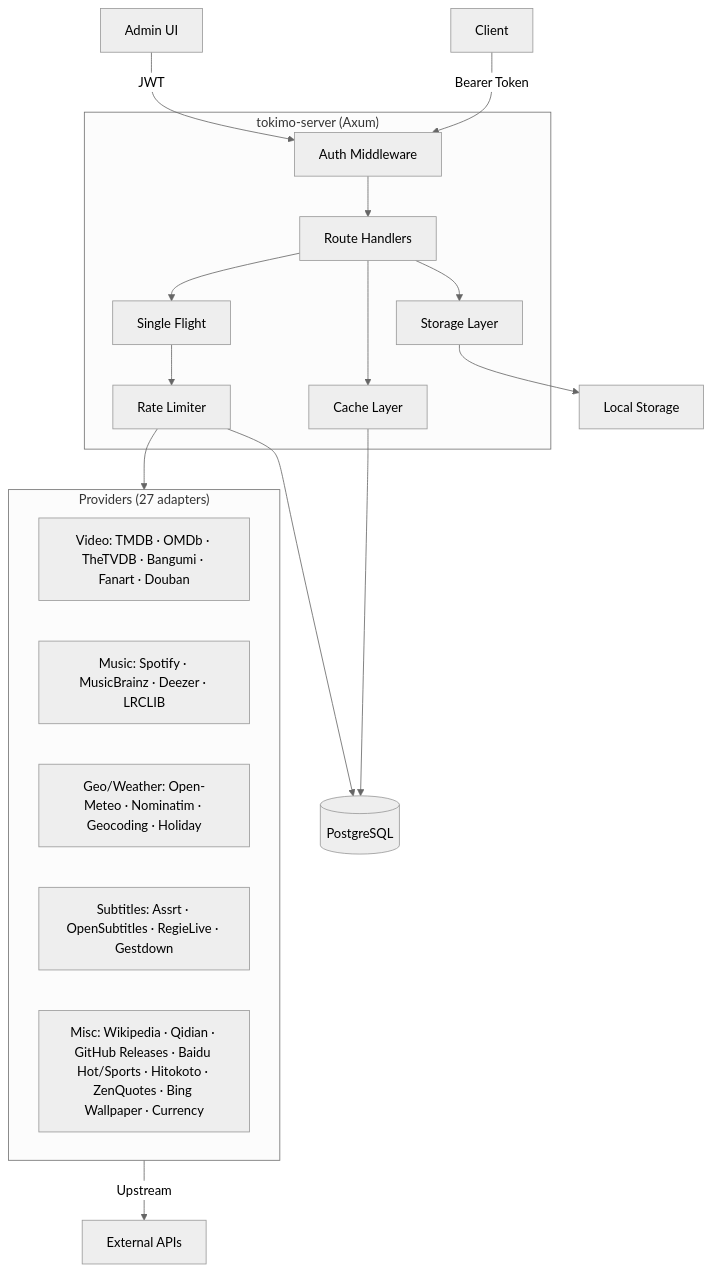
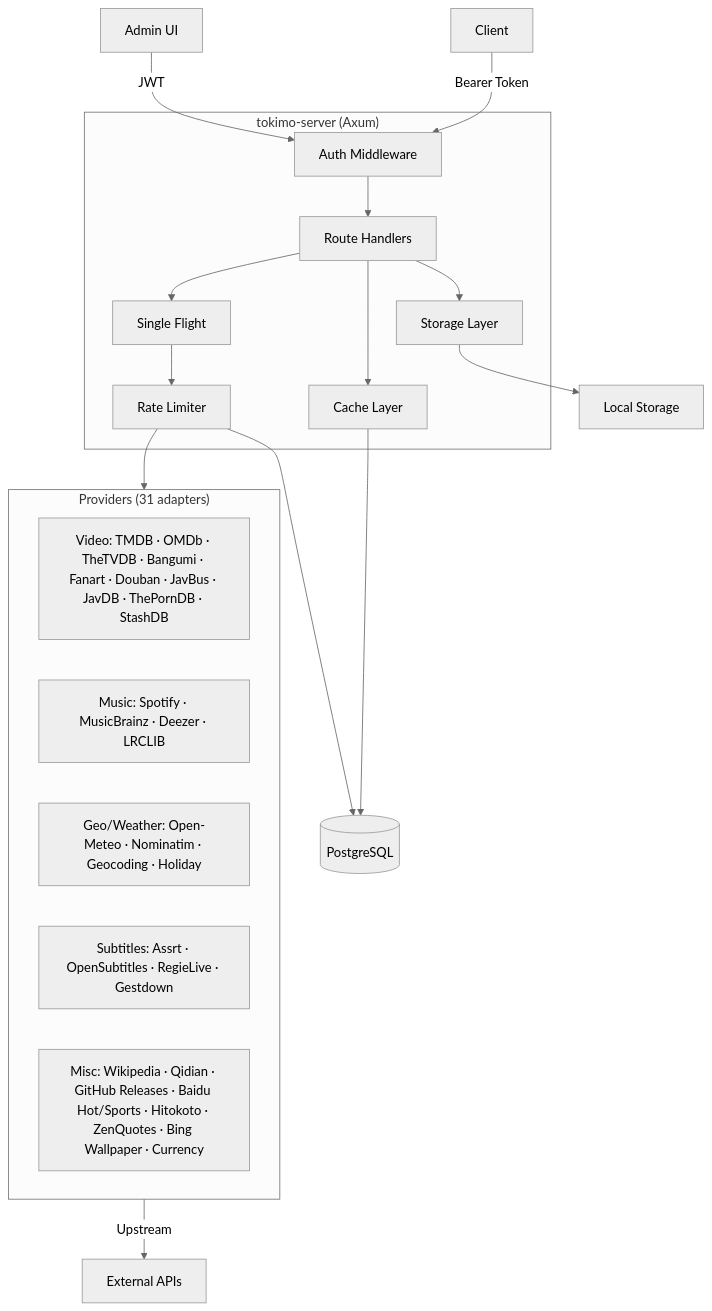
One commit to tokimo-lab/tokimo-server changed the diagram in README.md. Above: the diagram before and after it, drawn with Mermaid (neutral theme). The commit also changed other lines of this file and 16 other files, not shown here.

````diff
--- a/README.md
+++ b/README.md
@@ -25,38 +25,38 @@
 ```mermaid
 graph TB
     Client[Client]
     Admin[Admin UI]
     
     subgraph Server["tokimo-server (Axum)"]
         Auth[Auth Middleware]
         Routes[Route Handlers]
         SF[Single Flight]
         RL[Rate Limiter]
         Cache[Cache Layer]
         Storage[Storage Layer]
     end
     
-    subgraph Providers["Providers (27 adapters)"]
-        Video[Video: TMDB · OMDb · TheTVDB · Bangumi · Fanart · Douban]
+    subgraph Providers["Providers (31 adapters)"]
+        Video[Video: TMDB · OMDb · TheTVDB · Bangumi · Fanart · Douban · JavBus · JavDB · ThePornDB · StashDB]
         Music[Music: Spotify · MusicBrainz · Deezer · LRCLIB]
         Geo[Geo/Weather: Open-Meteo · Nominatim · Geocoding · Holiday]
         Subs[Subtitles: Assrt · OpenSubtitles · RegieLive · Gestdown]
         Misc[Misc: Wikipedia · Qidian · GitHub Releases · Baidu Hot/Sports · Hitokoto · ZenQuotes · Bing Wallpaper · Currency]
     end
     
     DB[(PostgreSQL)]
     FS[Local Storage]
     
     Client -->|Bearer Token| Auth
     Admin -->|JWT| Auth
     Auth --> Routes
     Routes --> SF
     SF --> RL
     RL --> Providers
     Routes --> Cache
     Routes --> Storage
     Cache --> DB
     RL --> DB
     Storage --> FS
     Providers -->|Upstream| External[External APIs]
 ```
````
